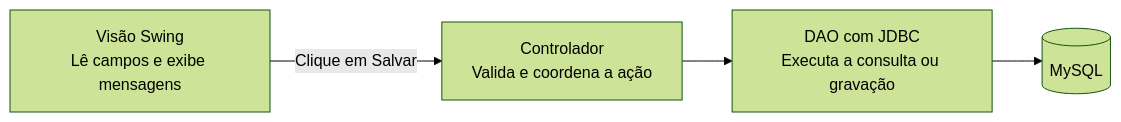
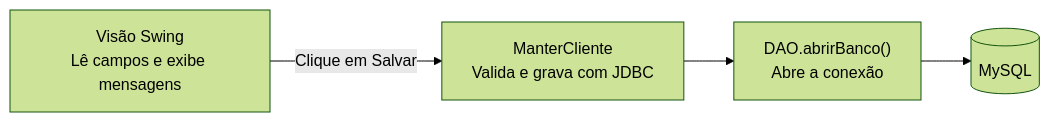
One commit to Andrey-Gabriel/assistencia-tecnica changed the third of 3 diagrams in README.md. Above: the diagram before and after it, drawn with Mermaid (forest theme). The commit also changed other lines of this file and 81 other files, not shown here.

````diff
--- a/README.md
+++ b/README.md
@@ -133,8 +131,8 @@
 ```mermaid
 flowchart LR
     Tela["Visão Swing<br/>Lê campos e exibe mensagens"]
-    Controle["Controlador<br/>Valida e coordena a ação"]
-    DAO["DAO com JDBC<br/>Executa a consulta ou gravação"]
+    Manter["ManterCliente<br/>Valida e grava com JDBC"]
+    DAO["DAO.abrirBanco()<br/>Abre a conexão"]
     Banco[("MySQL")]
-    Tela -->|"Clique em Salvar"| Controle --> DAO --> Banco
+    Tela -->|"Clique em Salvar"| Manter --> DAO --> Banco
 ```
````
